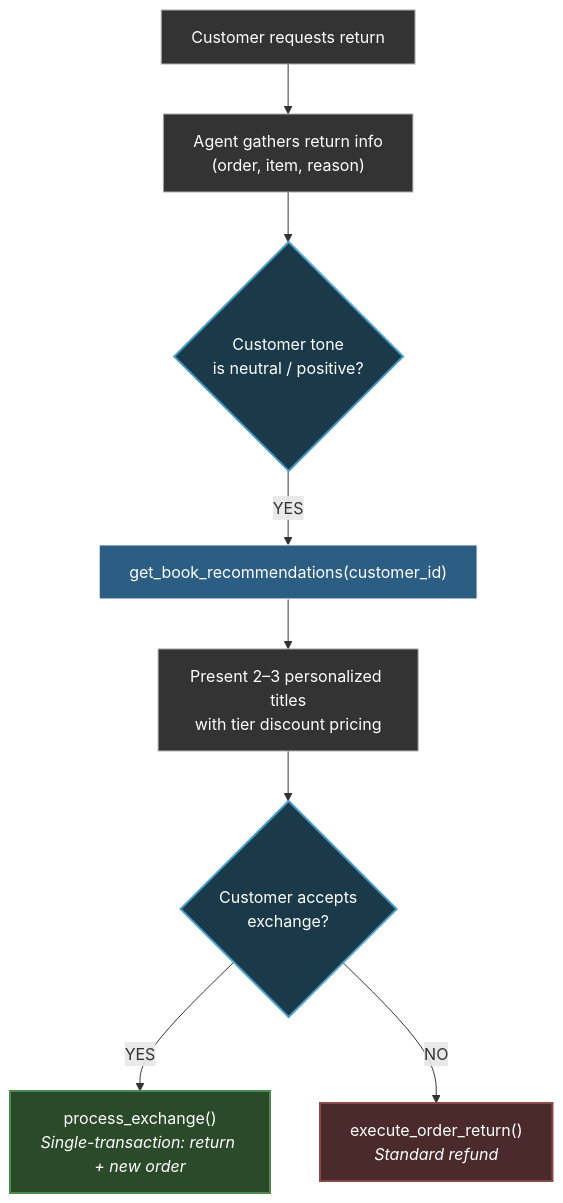
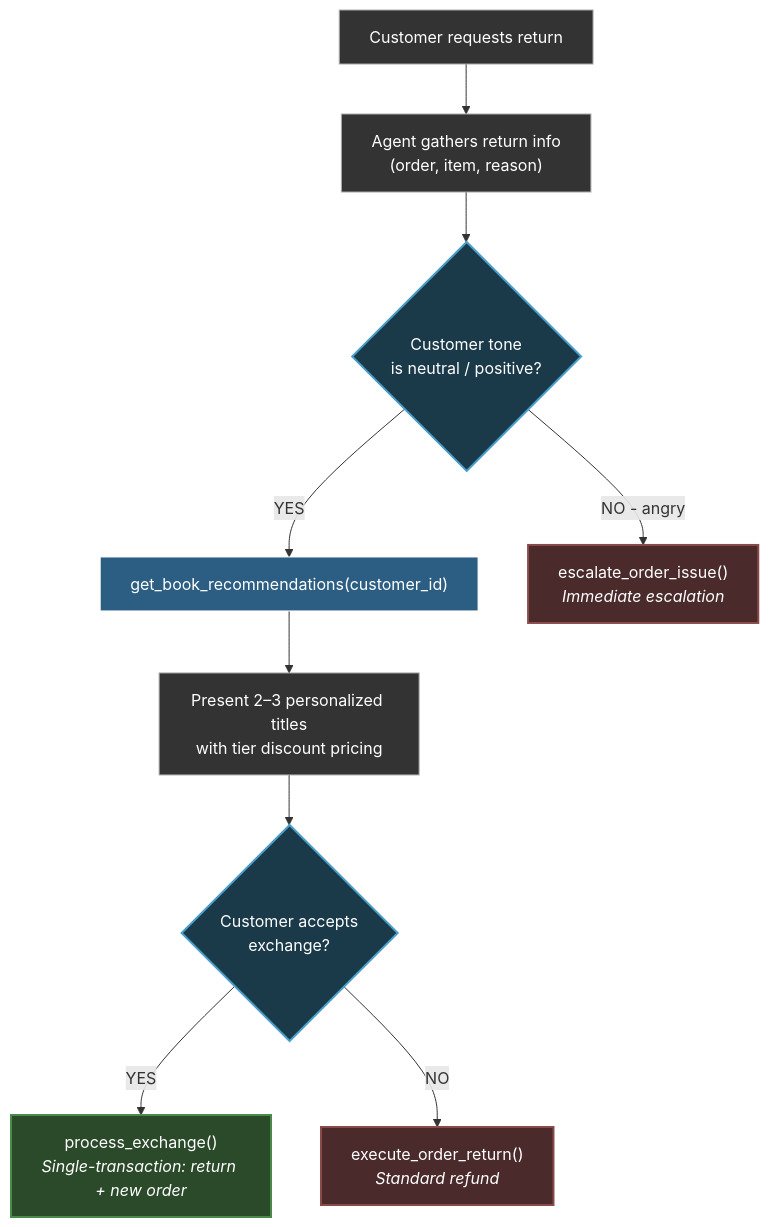
The second of 2 diagrams in README.md (nitinNayar/enterprise-cx-agent), drawn with Mermaid before and after one commit. The commit also changed other lines of this file, not shown here.

````diff
--- a/README.md
+++ b/README.md
@@ -127,28 +127,31 @@
 ```mermaid
 flowchart TD
     A["Customer requests return"]
     B["Agent gathers return info<br/>(order, item, reason)"]
     C{"Customer tone<br/>is neutral / positive?"}
     D["get_book_recommendations(customer_id)"]
     E["Present 2–3 personalized titles<br/>with tier discount pricing"]
     F{"Customer accepts<br/>exchange?"}
     G["process_exchange()<br/><em>Single-transaction: return + new order</em>"]
     H["execute_order_return()<br/><em>Standard refund</em>"]
+    I["escalate_order_issue()<br/><em>Immediate escalation</em>"]
 
     A --> B
     B --> C
     C -->|YES| D
+    C -->|NO - angry| I
     D --> E
     E --> F
     F -->|YES| G
     F -->|NO| H
 
     style A fill:#333,stroke:#aaa,color:#fff
     style B fill:#333,stroke:#aaa,color:#fff
     style C fill:#1a3a4a,stroke:#4a9eca,stroke-width:2px,color:#fff
     style D fill:#2b5e82,stroke:#fff,color:#fff
     style E fill:#333,stroke:#aaa,color:#fff
     style F fill:#1a3a4a,stroke:#4a9eca,stroke-width:2px,color:#fff
     style G fill:#2a4a2a,stroke:#4a8a4a,stroke-width:2px,color:#fff
     style H fill:#4a2a2a,stroke:#8a4a4a,stroke-width:2px,color:#fff
+    style I fill:#4a2a2a,stroke:#8a4a4a,stroke-width:2px,color:#fff
 ```
````
